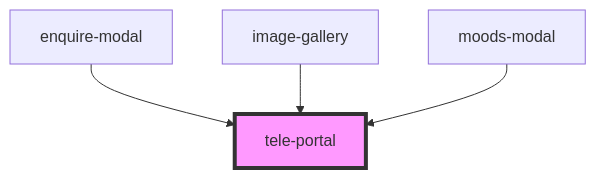
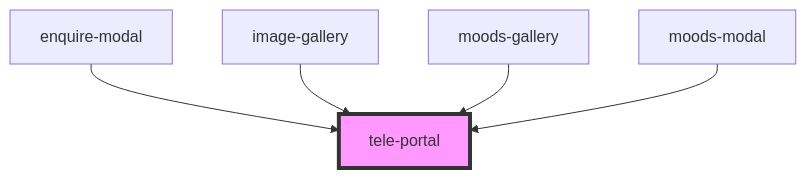
The diagram in src/components/tele-portal/readme.md (the-design-release/leibal-components), drawn with Mermaid before and after one commit. The commit also changed other lines of this file and 4 other files, not shown here.

````diff
--- a/src/components/tele-portal/readme.md
+++ b/src/components/tele-portal/readme.md
@@ -17,7 +18,8 @@
 ```mermaid
 graph TD;
   enquire-modal --> tele-portal
   image-gallery --> tele-portal
+  moods-gallery --> tele-portal
   moods-modal --> tele-portal
   style tele-portal fill:#f9f,stroke:#333,stroke-width:4px
 ```
````
